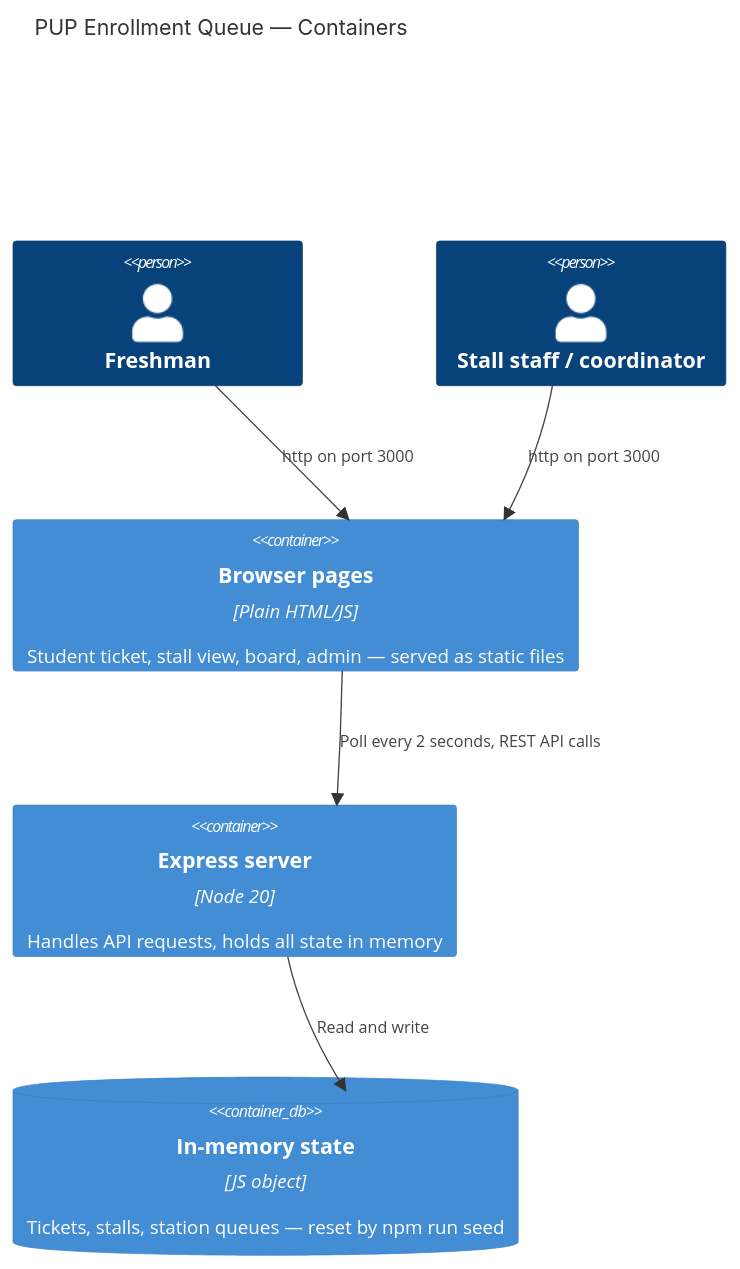
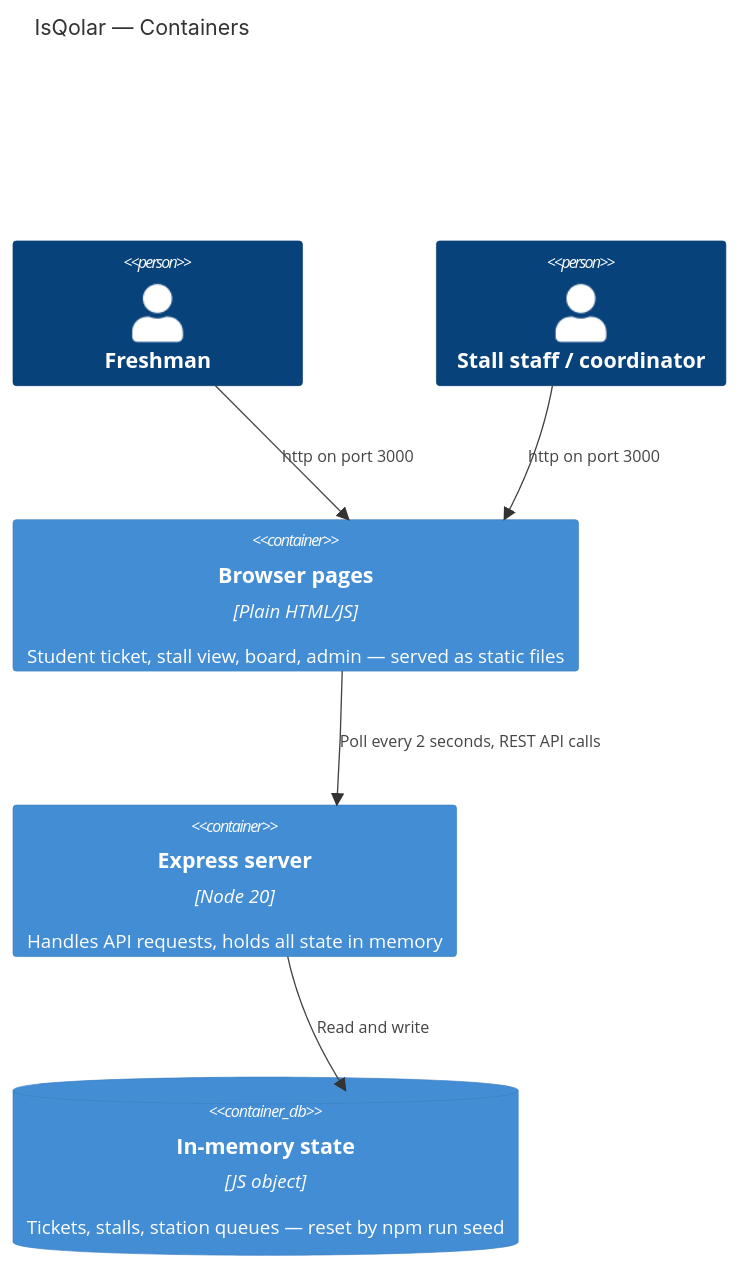
Before and after one commit to Troy-LL/IsQolar: the second of 2 diagrams in docs/architecture.md, drawn with Mermaid. The commit also changed other lines of this file and 2 other files, not shown here.

First line of the commit message:
feat: name the app IsQolar and add BRAND copy constants

````diff
--- a/docs/architecture.md
+++ b/docs/architecture.md
@@ -29,15 +29,15 @@
 ```mermaid
 C4Container
-  title PUP Enrollment Queue — Containers
+  title IsQolar — Containers
   Person(student, "Freshman")
   Person(staff, "Stall staff / coordinator")
 
   Container(browser, "Browser pages", "Plain HTML/JS", "Student ticket, stall view, board, admin — served as static files")
   Container(server, "Express server", "Node 20", "Handles API requests, holds all state in memory")
   ContainerDb(state, "In-memory state", "JS object", "Tickets, stalls, station queues — reset by npm run seed")
 
   Rel(student, browser, "http on port 3000")
   Rel(staff, browser, "http on port 3000")
   Rel(browser, server, "Poll every 2 seconds, REST API calls")
   Rel(server, state, "Read and write")
 ```
````
